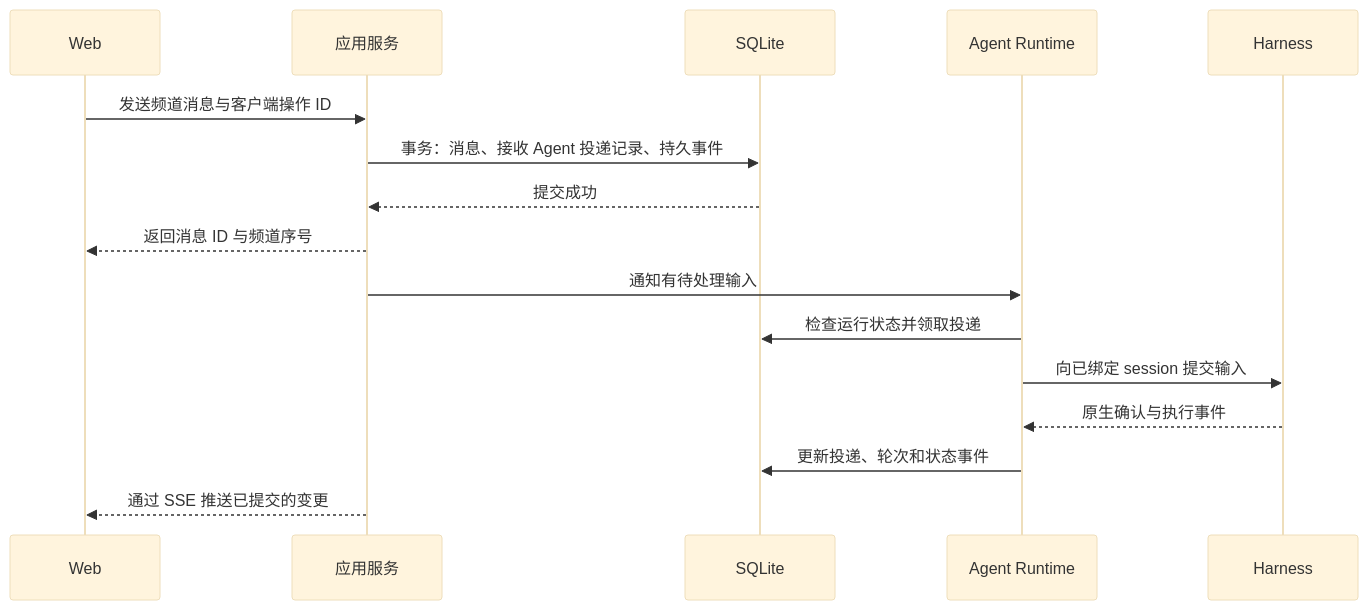
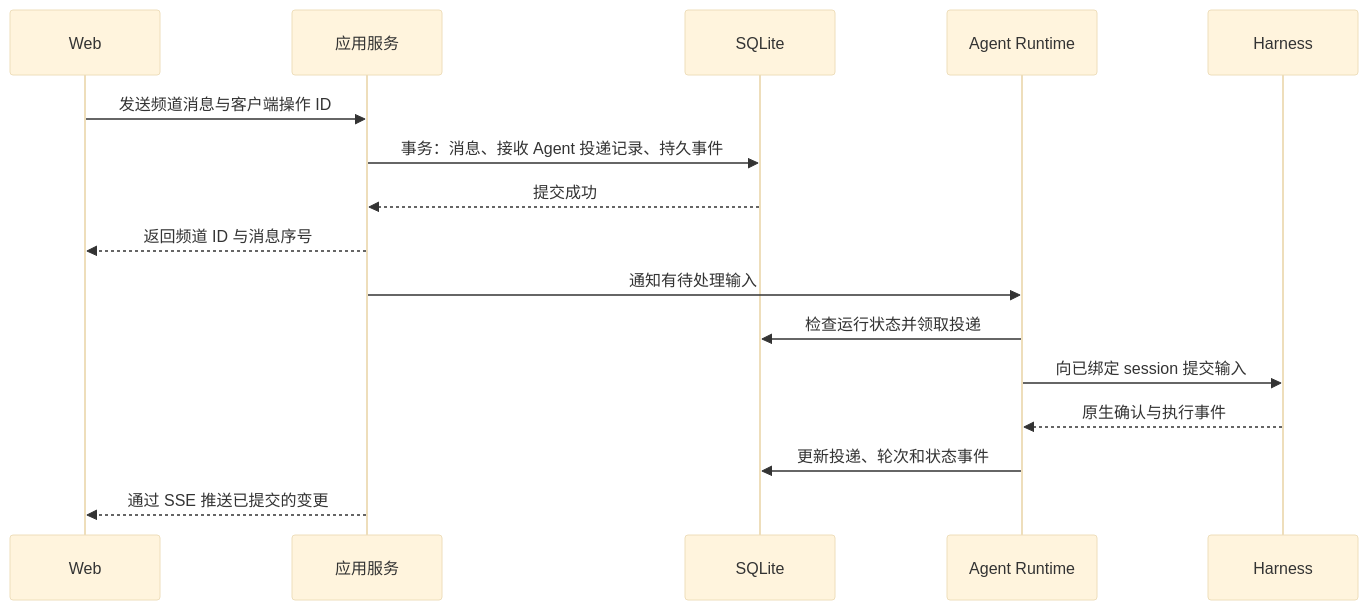
One commit to zch4321/Isles changed the second of 2 diagrams in docs/architecture.md. Above: the diagram before and after it, drawn with Mermaid (base theme). The commit also changed other lines of this file and 31 other files, not shown here.

Commit message:
feat(agents): load workspace guidance and use channel sequences

````diff
--- a/docs/architecture.md
+++ b/docs/architecture.md
@@ -198,18 +202,18 @@
 ```mermaid
 sequenceDiagram
     participant W as Web
     participant A as 应用服务
     participant D as SQLite
     participant R as Agent Runtime
     participant H as Harness
     W->>A: 发送频道消息与客户端操作 ID
     A->>D: 事务：消息、接收 Agent 投递记录、持久事件
     D-->>A: 提交成功
-    A-->>W: 返回消息 ID 与频道序号
+    A-->>W: 返回频道 ID 与消息序号
     A->>R: 通知有待处理输入
     R->>D: 检查运行状态并领取投递
     R->>H: 向已绑定 session 提交输入
     H-->>R: 原生确认与执行事件
     R->>D: 更新投递、轮次和状态事件
     A-->>W: 通过 SSE 推送已提交的变更
 ```
````
